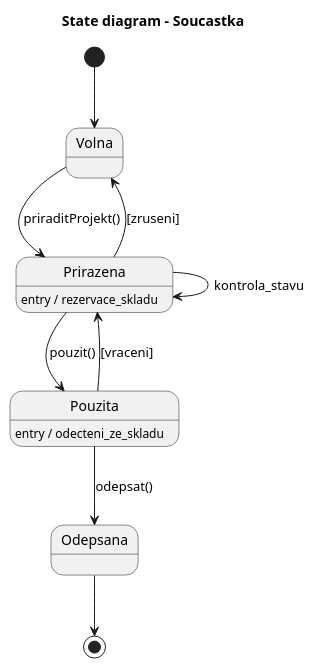
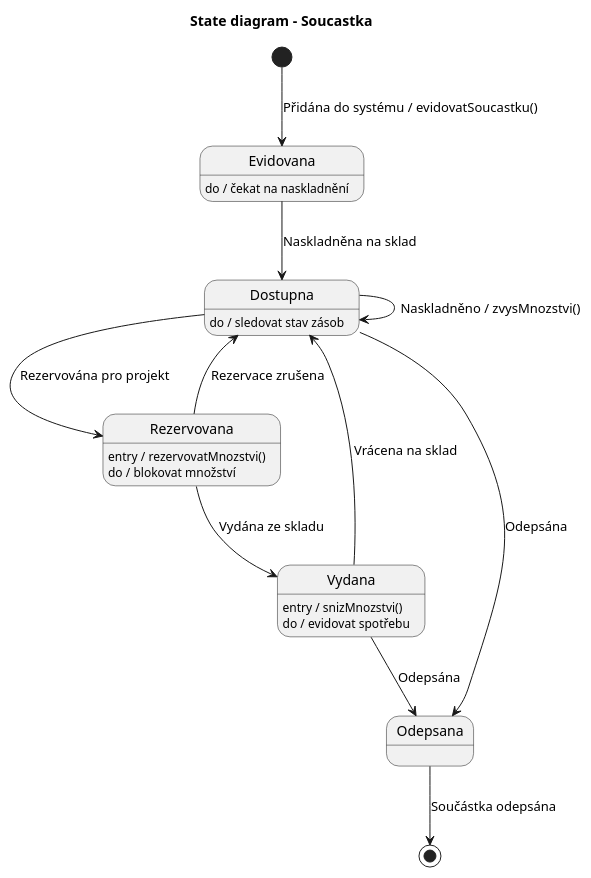
Before and after one commit to lkvapil/wms-elektronicke-soucastky: the diagram in diagrams/10_state_soucastka_projekt.puml, drawn with PlantUML. The commit also changed 7 other files, not shown here.

Commit message:
Stavové diagramy Soucastka a SkladovyPohyb – konzistence s class diagramem

```diff
--- a/diagrams/10_state_soucastka_projekt.puml
+++ b/diagrams/10_state_soucastka_projekt.puml
@@ -1,21 +1,28 @@
 @startuml
+top to bottom direction
 title State diagram - Soucastka
 
-[*] --> Volna
 
-Volna --> Prirazena : priraditProjekt()
+[*] --> Evidovana : Přidána do systému / evidovatSoucastku()
 
-Prirazena : entry / rezervace_skladu
-Prirazena --> Prirazena : kontrola_stavu
+Evidovana : do / čekat na naskladnění
+Evidovana --> Dostupna : Naskladněna na sklad
 
-Prirazena --> Pouzita : pouzit()
+Dostupna : do / sledovat stav zásob
+Dostupna --> Dostupna : Naskladněno / zvysMnozstvi()
+Dostupna --> Rezervovana : Rezervována pro projekt
+Dostupna --> Odepsana : Odepsána
 
-Pouzita : entry / odecteni_ze_skladu
-Pouzita --> Odepsana : odepsat()
+Rezervovana : entry / rezervovatMnozstvi()
+Rezervovana : do / blokovat množství
+Rezervovana --> Dostupna : Rezervace zrušena
+Rezervovana --> Vydana : Vydána ze skladu
 
-Prirazena --> Volna : [zruseni]
-Pouzita --> Prirazena : [vraceni]
+Vydana : entry / snizMnozstvi()
+Vydana : do / evidovat spotřebu
+Vydana --> Dostupna : Vrácena na sklad
+Vydana --> Odepsana : Odepsána
 
-Odepsana --> [*]
+Odepsana --> [*] : Součástka odepsána
 
 @enduml
```
